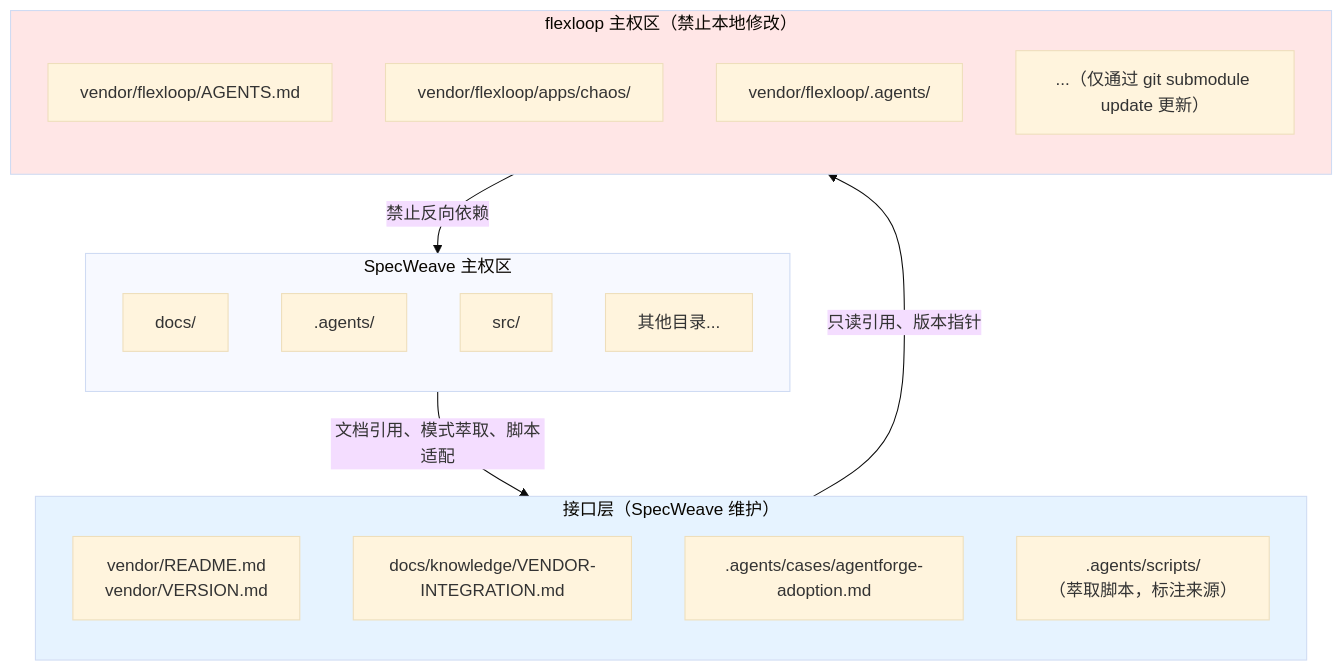
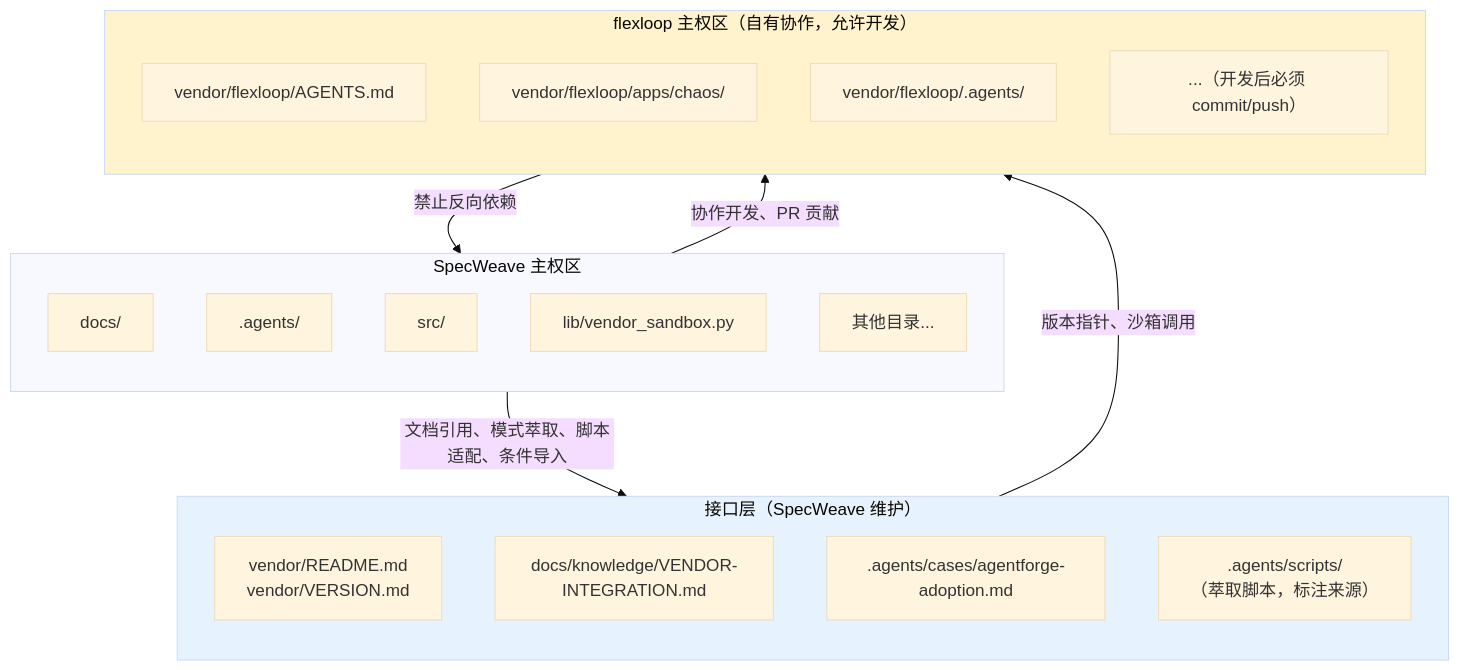
Before and after one commit to xinetzone/SpecWeave: the diagram in docs/knowledge/VENDOR-INTEGRATION.md, drawn with Mermaid (base theme). The commit also changed other lines of this file and 14 other files, not shown here.

First line of the commit message:
feat(vendor): flexloop 子模块治理模式调整为自有协作模式

````diff
--- a/docs/knowledge/VENDOR-INTEGRATION.md
+++ b/docs/knowledge/VENDOR-INTEGRATION.md
@@ -75,29 +79,31 @@
 ```mermaid
 flowchart TB
     subgraph SW ["SpecWeave 主权区"]
         direction TB
         SW1["docs/"]
         SW2[".agents/"]
         SW3["src/"]
-        SW4["其他目录..."]
+        SW4["lib/vendor_sandbox.py"]
+        SW5["其他目录..."]
     end
     subgraph INTERFACE ["接口层（SpecWeave 维护）"]
         direction TB
         I1["vendor/README.md<br/>vendor/VERSION.md"]
         I2["docs/knowledge/VENDOR-INTEGRATION.md"]
         I3[".agents/cases/agentforge-adoption.md"]
         I4[".agents/scripts/<br/>（萃取脚本，标注来源）"]
     end
-    subgraph FL ["flexloop 主权区（禁止本地修改）"]
+    subgraph FL ["flexloop 主权区（自有协作，允许开发）"]
         direction TB
         FL1["vendor/flexloop/AGENTS.md"]
         FL2["vendor/flexloop/apps/chaos/"]
         FL3["vendor/flexloop/.agents/"]
-        FL4["...（仅通过 git submodule update 更新）"]
+        FL4["...（开发后必须 commit/push）"]
     end
-    SW -->|"文档引用、模式萃取、脚本适配"| INTERFACE
-    INTERFACE -->|"只读引用、版本指针"| FL
+    SW -->|"文档引用、模式萃取、脚本适配、条件导入"| INTERFACE
+    INTERFACE -->|"版本指针、沙箱调用"| FL
     FL -->|"禁止反向依赖"| SW
-    style FL fill:#ffe6e6
+    SW -->|"协作开发、PR 贡献"| FL
+    style FL fill:#fff3cd
     style INTERFACE fill:#e6f3ff
 ```
````
